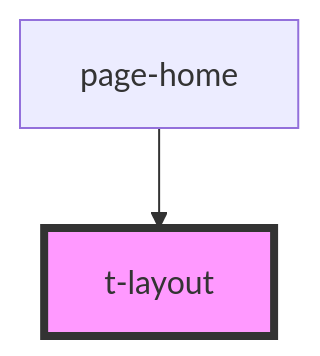
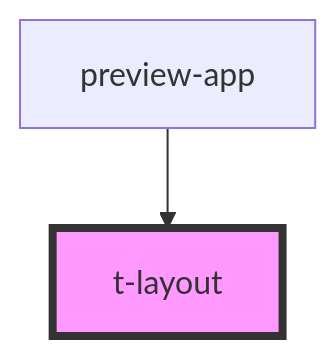
One commit to TomasEng/web-components changed the diagram in packages/stencil/src/components/t-layout/readme.md. Above: the diagram before and after it, drawn with Mermaid. The commit also changed other lines of this file and 37 other files, not shown here.

````diff
--- a/packages/stencil/src/components/t-layout/readme.md
+++ b/packages/stencil/src/components/t-layout/readme.md
@@ -15,5 +15,5 @@
 ```mermaid
 graph TD;
-  page-home --> t-layout
+  preview-app --> t-layout
   style t-layout fill:#f9f,stroke:#333,stroke-width:4px
 ```
````
